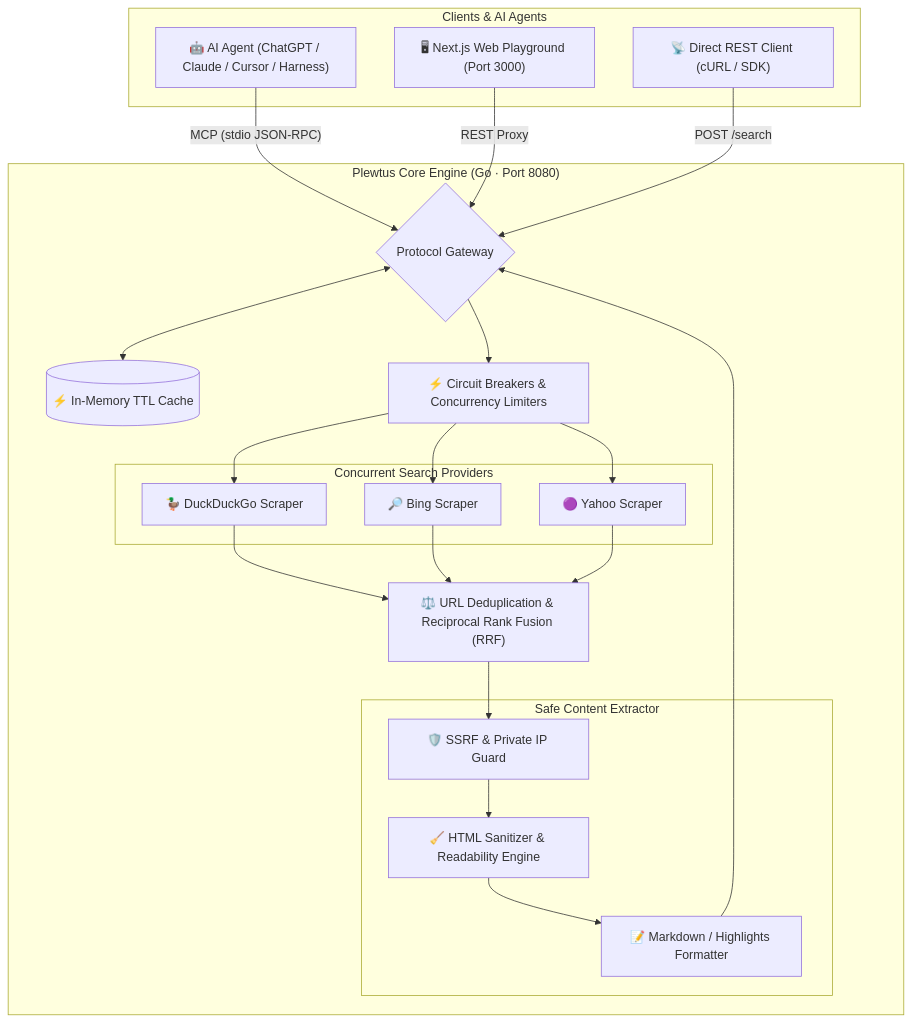
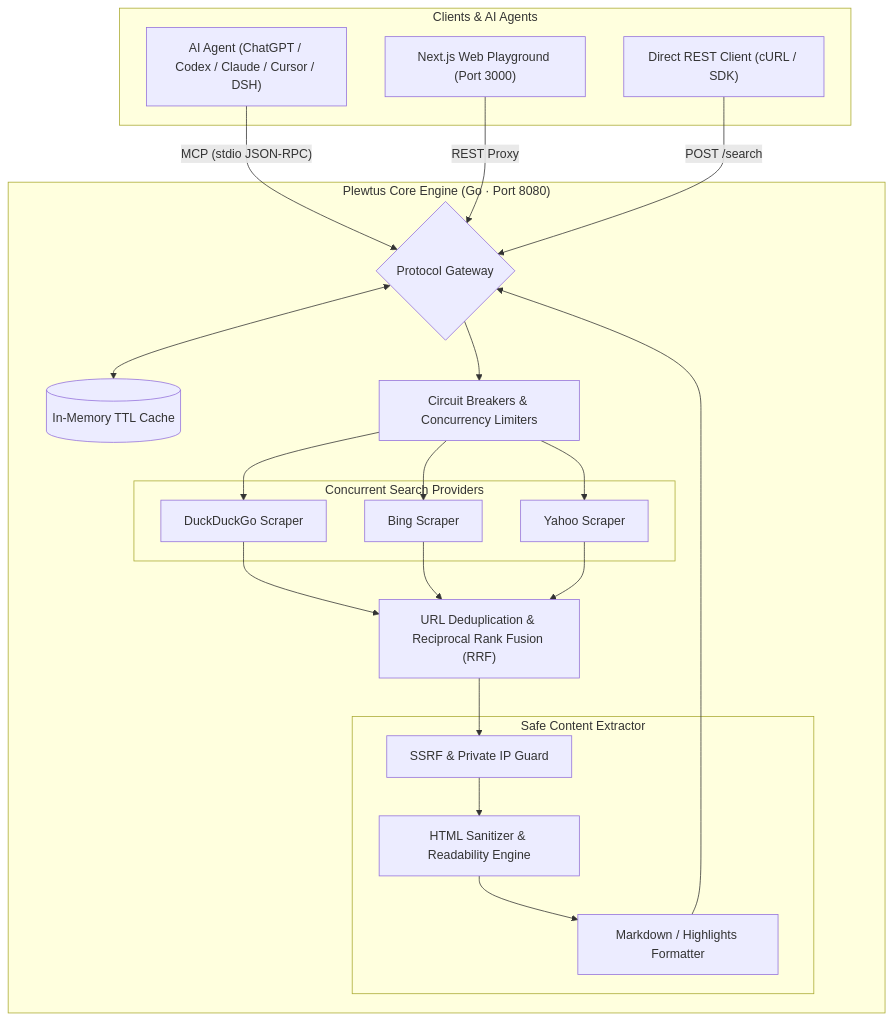
Before and after one commit to 7Eshaan/Plewtus: the diagram in README.md, drawn with Mermaid. The commit also changed other lines of this file, not shown here.

````diff
--- a/README.md
+++ b/README.md
@@ -37,39 +37,39 @@
 ```mermaid
 flowchart TD
     subgraph Clients["Clients & AI Agents"]
-        Agent["🤖 AI Agent (ChatGPT / Claude / Cursor / Harness)"]
-        Playground["🖥 Next.js Web Playground (Port 3000)"]
-        APIClient["📡 Direct REST Client (cURL / SDK)"]
+        Agent["AI Agent (ChatGPT / Codex / Claude / Cursor / DSH)"]
+        Playground["Next.js Web Playground (Port 3000)"]
+        APIClient["Direct REST Client (cURL / SDK)"]
     end
 
     subgraph PlewtusEngine["Plewtus Core Engine (Go · Port 8080)"]
         Router{"Protocol Gateway"}
-        Cache[("⚡ In-Memory TTL Cache")]
-        Breakers["⚡ Circuit Breakers & Concurrency Limiters"]
+        Cache[("In-Memory TTL Cache")]
+        Breakers["Circuit Breakers & Concurrency Limiters"]
         
         subgraph Providers["Concurrent Search Providers"]
-            DDG["🦆 DuckDuckGo Scraper"]
-            Bing["🔎 Bing Scraper"]
-            Yahoo["🟣 Yahoo Scraper"]
+            DDG["DuckDuckGo Scraper"]
+            Bing["Bing Scraper"]
+            Yahoo["Yahoo Scraper"]
         end
 
-        Fusion["⚖️ URL Deduplication & Reciprocal Rank Fusion (RRF)"]
+        Fusion["URL Deduplication & Reciprocal Rank Fusion (RRF)"]
         
         subgraph Extractor["Safe Content Extractor"]
-            SSRF["🛡️ SSRF & Private IP Guard"]
-            Sanitize["🧹 HTML Sanitizer & Readability Engine"]
-            Formatter["📝 Markdown / Highlights Formatter"]
+            SSRF["SSRF & Private IP Guard"]
+            Sanitize["HTML Sanitizer & Readability Engine"]
+            Formatter["Markdown / Highlights Formatter"]
         end
     end
 
     Agent -- "MCP (stdio JSON-RPC)" --> Router
     Playground -- "REST Proxy" --> Router
     APIClient -- "POST /search" --> Router
 
     Router <--> Cache
     Router --> Breakers
     Breakers --> DDG & Bing & Yahoo
     DDG & Bing & Yahoo --> Fusion
     Fusion --> SSRF --> Sanitize --> Formatter
     Formatter --> Router
 ```
````
